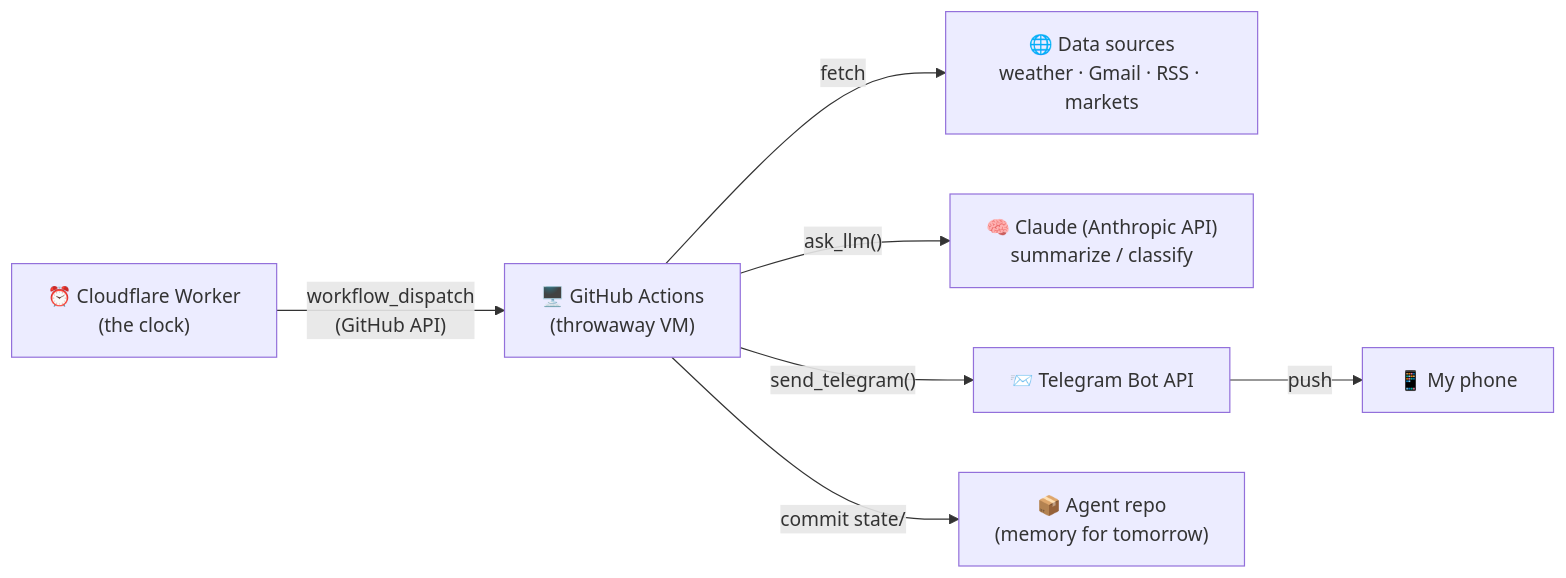
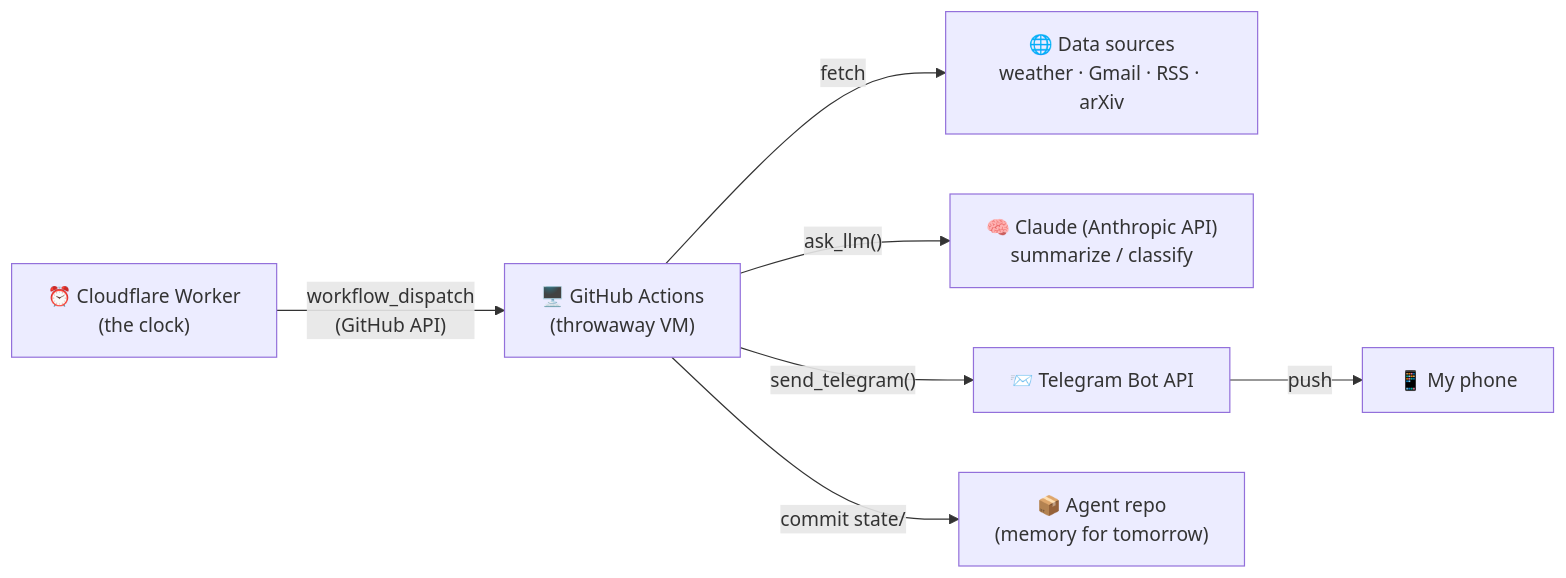
The first of 4 diagrams in ARCHITECTURE.md (astroboy1183/astroboy1183), drawn with Mermaid before and after one commit. The commit also changed other lines of this file and 2 other files, not shown here.

````diff
--- a/ARCHITECTURE.md
+++ b/ARCHITECTURE.md
@@ -45,9 +45,9 @@
 ```mermaid
 flowchart LR
     CF["⏰ Cloudflare Worker<br/>(the clock)"] -->|"workflow_dispatch<br/>(GitHub API)"| GH["🖥️ GitHub Actions<br/>(throwaway VM)"]
-    GH -->|fetch| SRC["🌐 Data sources<br/>weather · Gmail · RSS · markets"]
+    GH -->|fetch| SRC["🌐 Data sources<br/>weather · Gmail · RSS · arXiv"]
     GH -->|"ask_llm()"| CLAUDE["🧠 Claude (Anthropic API)<br/>summarize / classify"]
     GH -->|"send_telegram()"| TG["📨 Telegram Bot API"]
     TG -->|push| PHONE["📱 My phone"]
     GH -->|"commit state/"| REPO["📦 Agent repo<br/>(memory for tomorrow)"]
 ```
````
